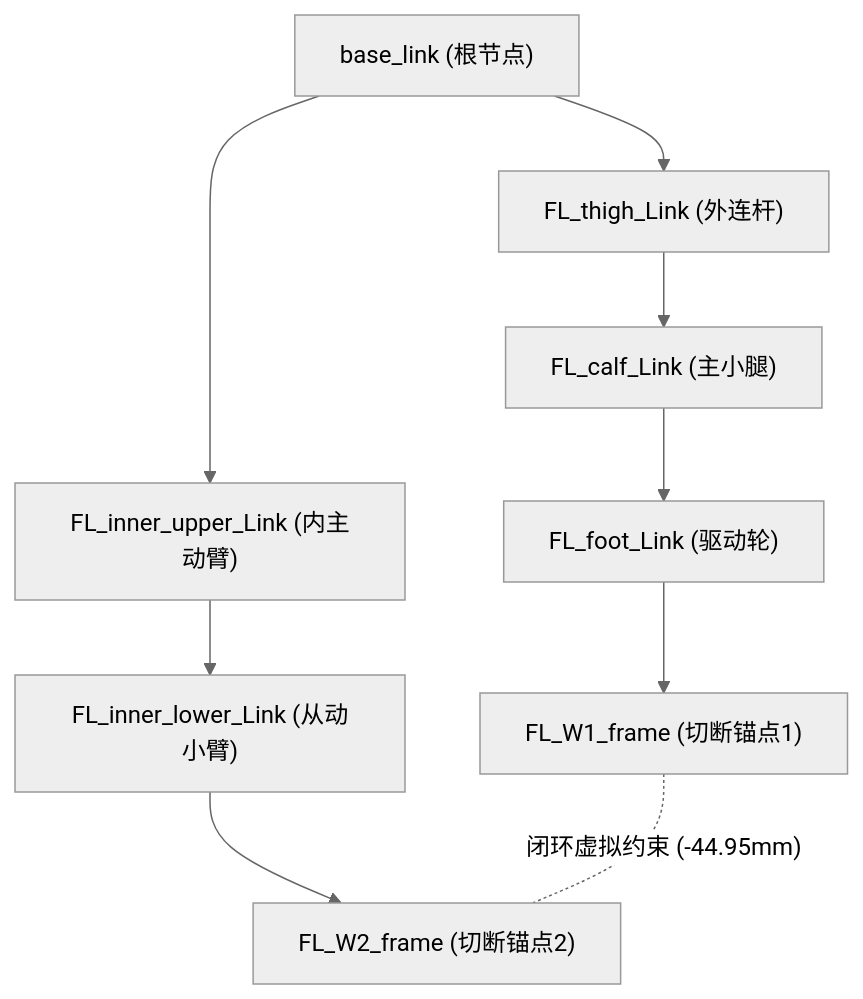
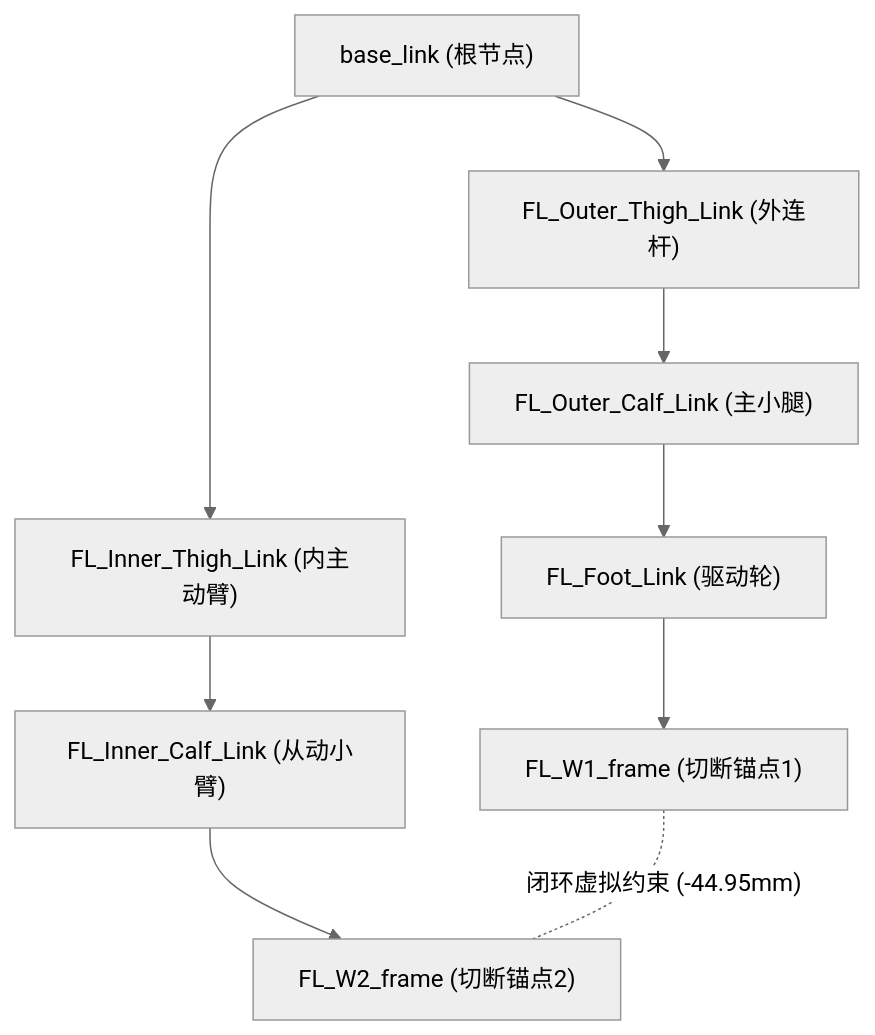
Before and after one commit to Kytolly/wiki-tutorial-Isaac: the diagram in docs/evidence/E-SIM-001-闭链四足轮腿机器人单父树URDF资产.md, drawn with Mermaid (neutral theme). The commit also changed other lines of this file and 133 other files, not shown here.

First line of the commit message:
refactor(wiki): finalize semantic cleanup, capability-oriented M3 gates, and freeze architecture

````diff
--- a/docs/evidence/E-SIM-001-闭链四足轮腿机器人单父树URDF资产.md
+++ b/docs/evidence/E-SIM-001-闭链四足轮腿机器人单父树URDF资产.md
@@ -33,12 +32,12 @@
 ```mermaid
 graph TD
-    base_link["base_link (根节点)"] --> FL_thigh["FL_thigh_Link (外连杆)"]
-    base_link --> FL_inner_upper["FL_inner_upper_Link (内主动臂)"]
-    FL_thigh --> FL_calf["FL_calf_Link (主小腿)"]
-    FL_calf --> FL_foot["FL_foot_Link (驱动轮)"]
+    base_link["base_link (根节点)"] --> FL_thigh["FL_Outer_Thigh_Link (外连杆)"]
+    base_link --> FL_inner_upper["FL_Inner_Thigh_Link (内主动臂)"]
+    FL_thigh --> FL_calf["FL_Outer_Calf_Link (主小腿)"]
+    FL_calf --> FL_foot["FL_Foot_Link (驱动轮)"]
     FL_foot --> FL_W1["FL_W1_frame (切断锚点1)"]
-    FL_inner_upper --> FL_inner_lower["FL_inner_lower_Link (从动小臂)"]
-    FL_inner_lower --> FL_W2["FL_W2_frame (切断锚点2)"]
+    FL_inner_upper --> FL_Inner_Calf_Link["FL_Inner_Calf_Link (从动小臂)"]
+    FL_Inner_Calf_Link --> FL_W2["FL_W2_frame (切断锚点2)"]
     
     FL_W1 -. "闭环虚拟约束 (-44.95mm)" .- FL_W2
 ```
````
